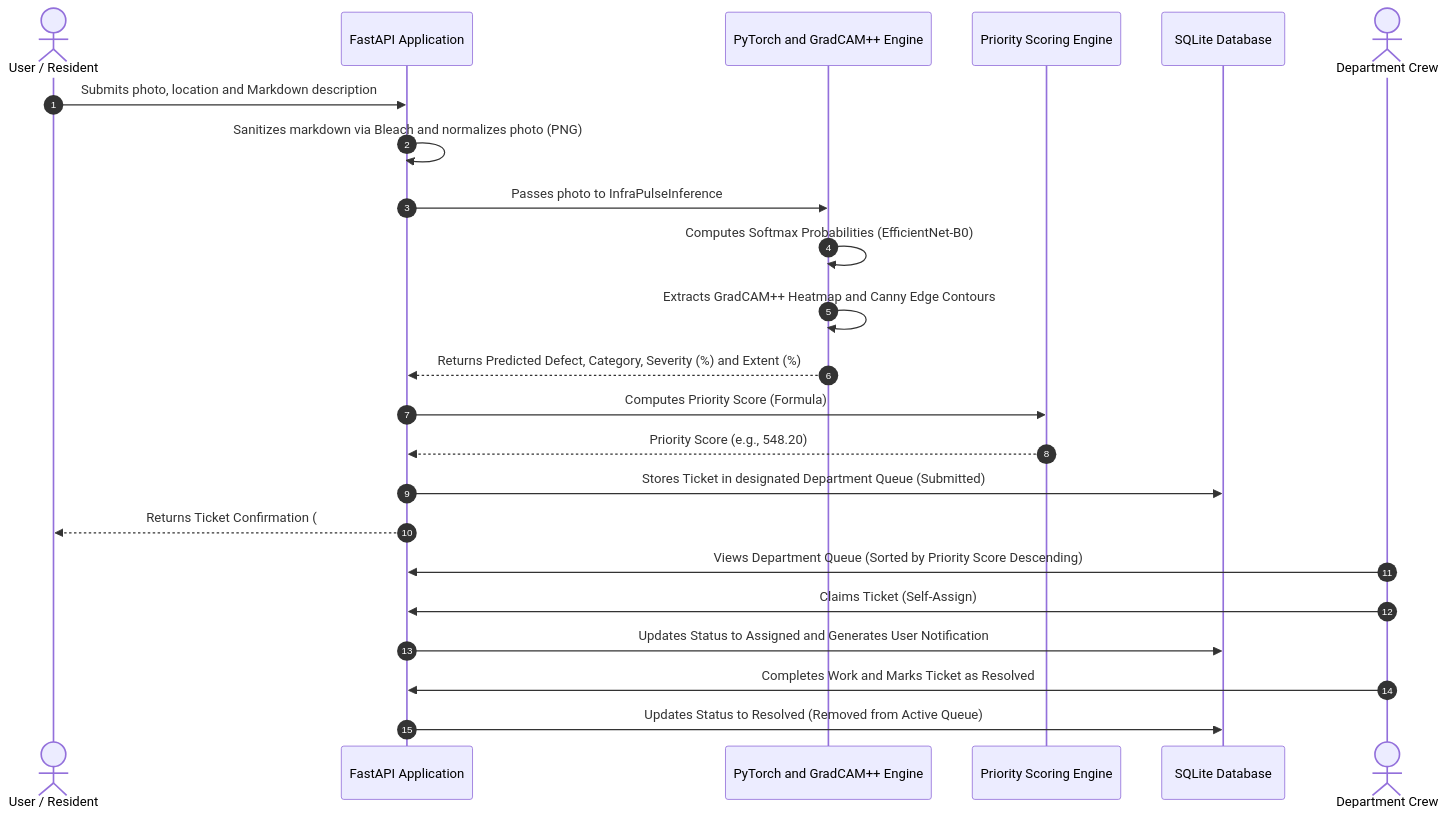
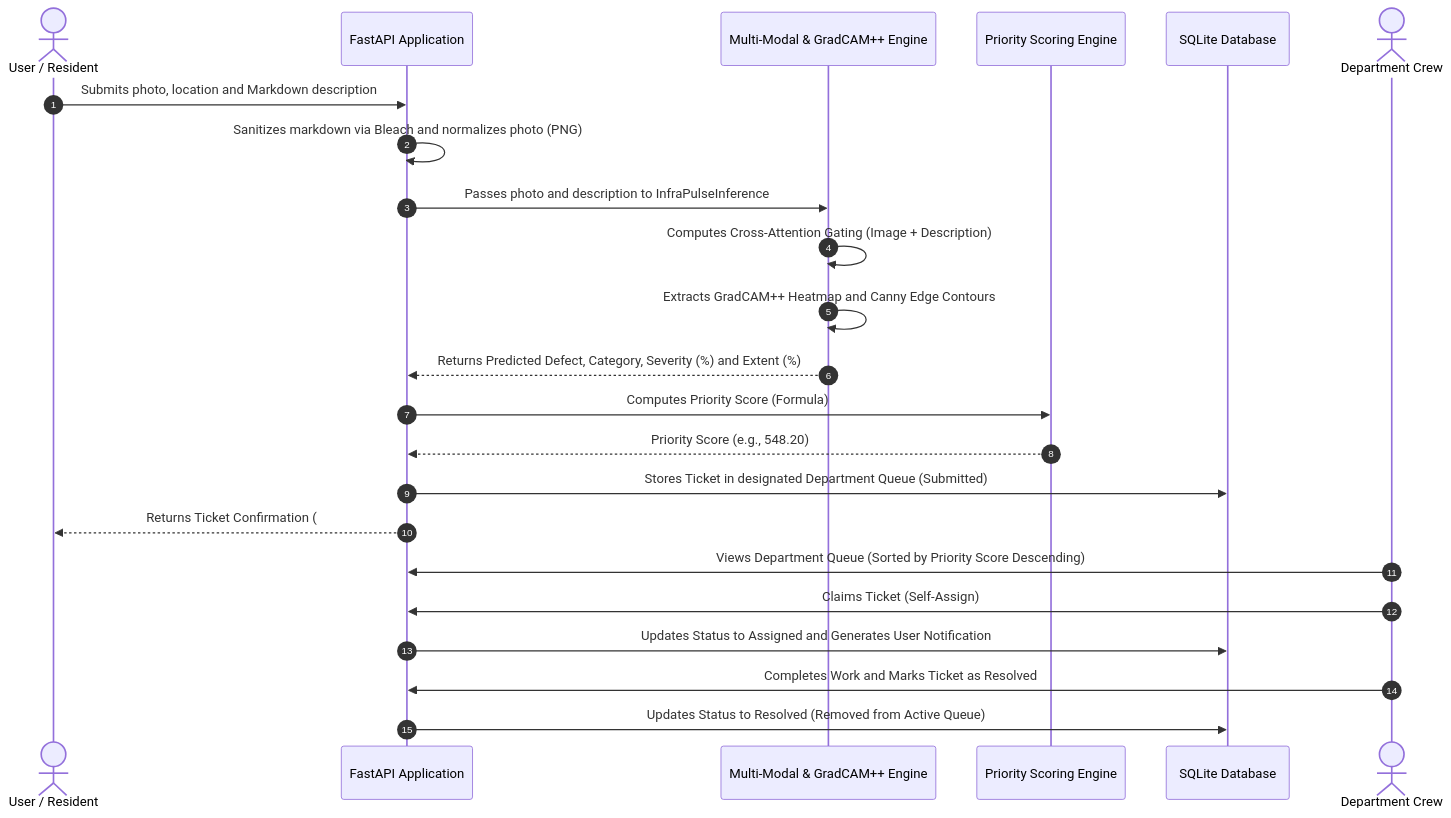
The third of 6 diagrams in README.md (Bittu5134/InfraPulse), drawn with Mermaid before and after one commit. The commit also changed other lines of this file and 4 other files, not shown here.

Commit message:
feat(model): set Multi-Modal Bi-Encoder as default primary classifier and add comprehensive write-up of model suite in documentation

````diff
--- a/README.md
+++ b/README.md
@@ -112,26 +120,26 @@
 ```mermaid
 sequenceDiagram
     autonumber
     actor Resident as User / Resident
     participant App as FastAPI Application
-    participant ML as PyTorch and GradCAM++ Engine
+    participant ML as Multi-Modal & GradCAM++ Engine
     participant Engine as Priority Scoring Engine
     participant DB as SQLite Database
     actor Staff as Department Crew
 
     Resident->>App: Submits photo, location and Markdown description
     App->>App: Sanitizes markdown via Bleach and normalizes photo (PNG)
-    App->>ML: Passes photo to InfraPulseInference
-    ML->>ML: Computes Softmax Probabilities (EfficientNet-B0)
+    App->>ML: Passes photo and description to InfraPulseInference
+    ML->>ML: Computes Cross-Attention Gating (Image + Description)
     ML->>ML: Extracts GradCAM++ Heatmap and Canny Edge Contours
     ML-->>App: Returns Predicted Defect, Category, Severity (%) and Extent (%)
     App->>Engine: Computes Priority Score (Formula)
     Engine-->>App: Priority Score (e.g., 548.20)
     App->>DB: Stores Ticket in designated Department Queue (Submitted)
     App-->>Resident: Returns Ticket Confirmation (#INF-XXXXXXXXXX) and Live Queue Rank
     Staff->>App: Views Department Queue (Sorted by Priority Score Descending)
     Staff->>App: Claims Ticket (Self-Assign)
     App->>DB: Updates Status to Assigned and Generates User Notification
     Staff->>App: Completes Work and Marks Ticket as Resolved
     App->>DB: Updates Status to Resolved (Removed from Active Queue)
 ```
````
